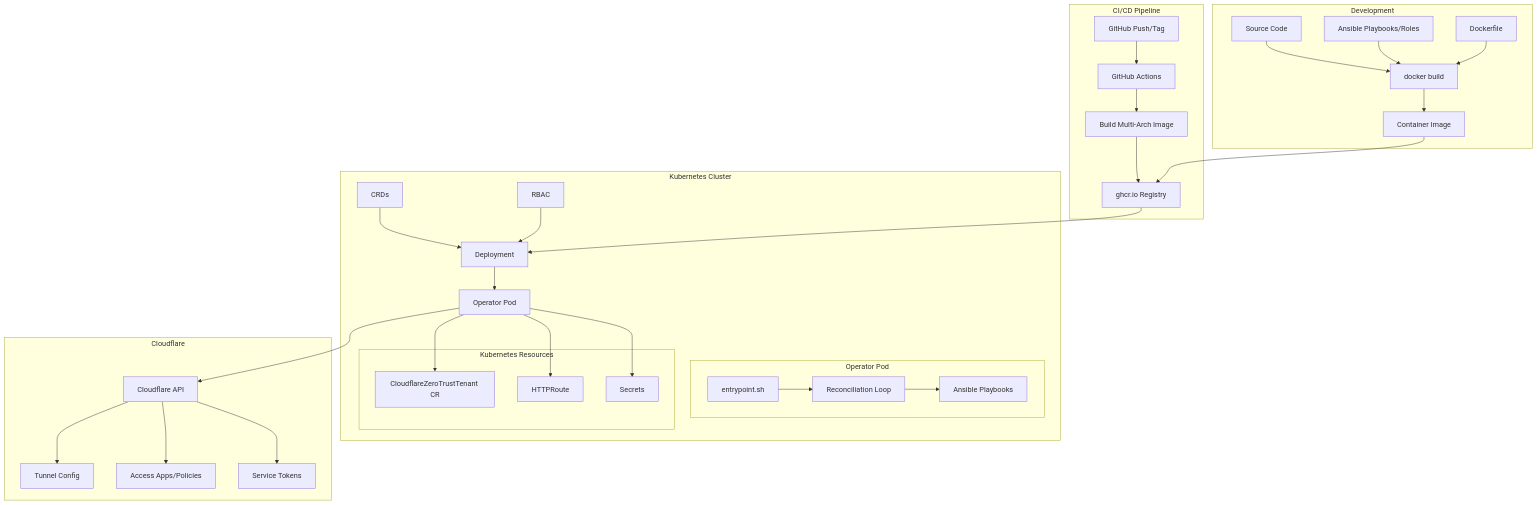
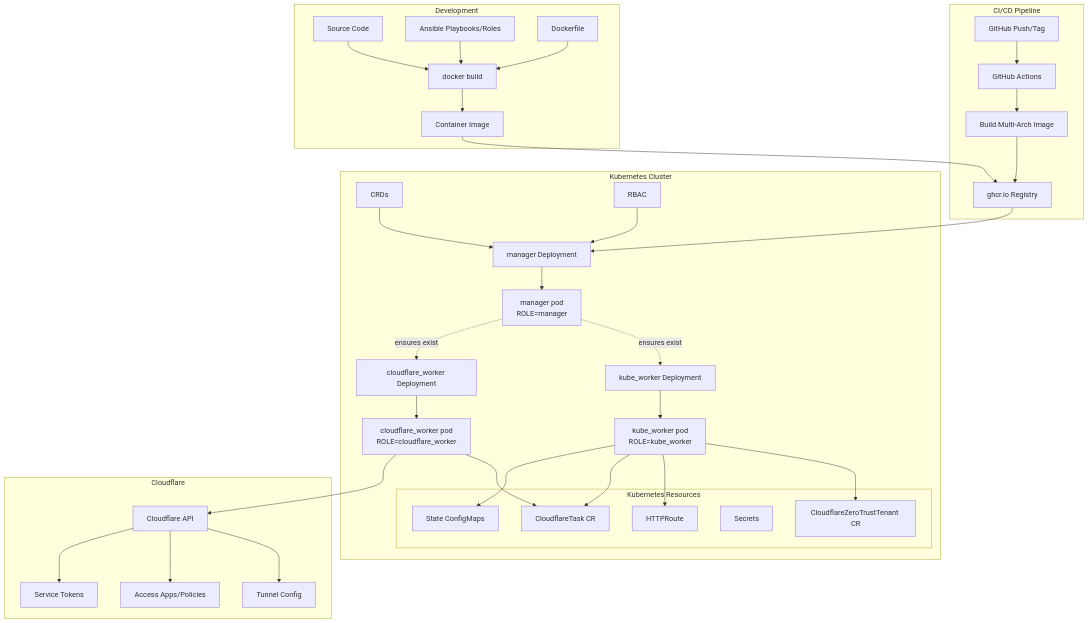
Before and after one commit to wheetazlab/cloudflare-zero-trust-operator: the first of 17 diagrams in docs/architecture.md, drawn with Mermaid. The commit also changed other lines of this file and 1 other file, not shown here.

````diff
--- a/docs/architecture.md
+++ b/docs/architecture.md
@@ -32,65 +32,66 @@
 ```mermaid
 graph TB
     subgraph "Development"
         SRC[Source Code]
         ANSIBLE[Ansible Playbooks/Roles]
         DOCKER[Dockerfile]
         SRC --> BUILD[docker build]
         ANSIBLE --> BUILD
         DOCKER --> BUILD
         BUILD --> IMG[Container Image]
     end
     
     subgraph "CI/CD Pipeline"
         GH[GitHub Push/Tag]
         GHA[GitHub Actions]
         GH --> GHA
         GHA --> BUILD2[Build Multi-Arch Image]
         BUILD2 --> GHCR[ghcr.io Registry]
     end
     
     subgraph "Kubernetes Cluster"
         CRD[CRDs]
         RBAC[RBAC]
-        DEPLOY[Deployment]
-        POD[Operator Pod]
+        MGR_DEP[manager Deployment]
+        KW_DEP[kube_worker Deployment]
+        CW_DEP[cloudflare_worker Deployment]
         
-        CRD --> DEPLOY
-        RBAC --> DEPLOY
-        DEPLOY --> POD
+        CRD --> MGR_DEP
+        RBAC --> MGR_DEP
+        MGR_DEP --> MGR_POD[manager pod<br/>ROLE=manager]
+        KW_DEP --> KW_POD[kube_worker pod<br/>ROLE=kube_worker]
+        CW_DEP --> CW_POD[cloudflare_worker pod<br/>ROLE=cloudflare_worker]
         
-        subgraph "Operator Pod"
-            ENTRY[entrypoint.sh]
-            LOOP[Reconciliation Loop]
-            PB[Ansible Playbooks]
-            
-            ENTRY --> LOOP
-            LOOP --> PB
-        end
+        MGR_POD -.ensures exist.-> KW_DEP
+        MGR_POD -.ensures exist.-> CW_DEP
         
         subgraph "Kubernetes Resources"
             TENANT[CloudflareZeroTrustTenant CR]
             IR[HTTPRoute]
+            TASK[CloudflareTask CR]
             SECRET[Secrets]
+            CFGMAP[State ConfigMaps]
         end
         
-        POD --> TENANT
-        POD --> IR
-        POD --> SECRET
+        KW_POD --> TENANT
+        KW_POD --> IR
+        KW_POD --> TASK
+        KW_POD --> CFGMAP
+        CW_POD --> TASK
     end
     
     subgraph "Cloudflare"
         API[Cloudflare API]
         TUNNEL[Tunnel Config]
         ACCESS[Access Apps/Policies]
         TOKENS[Service Tokens]
         
-        POD --> API
+        CW_POD --> API
         API --> TUNNEL
         API --> ACCESS
         API --> TOKENS
     end
     
     IMG --> GHCR
-    GHCR --> DEPLOY
+    GHCR --> MGR_DEP
 ```
````
